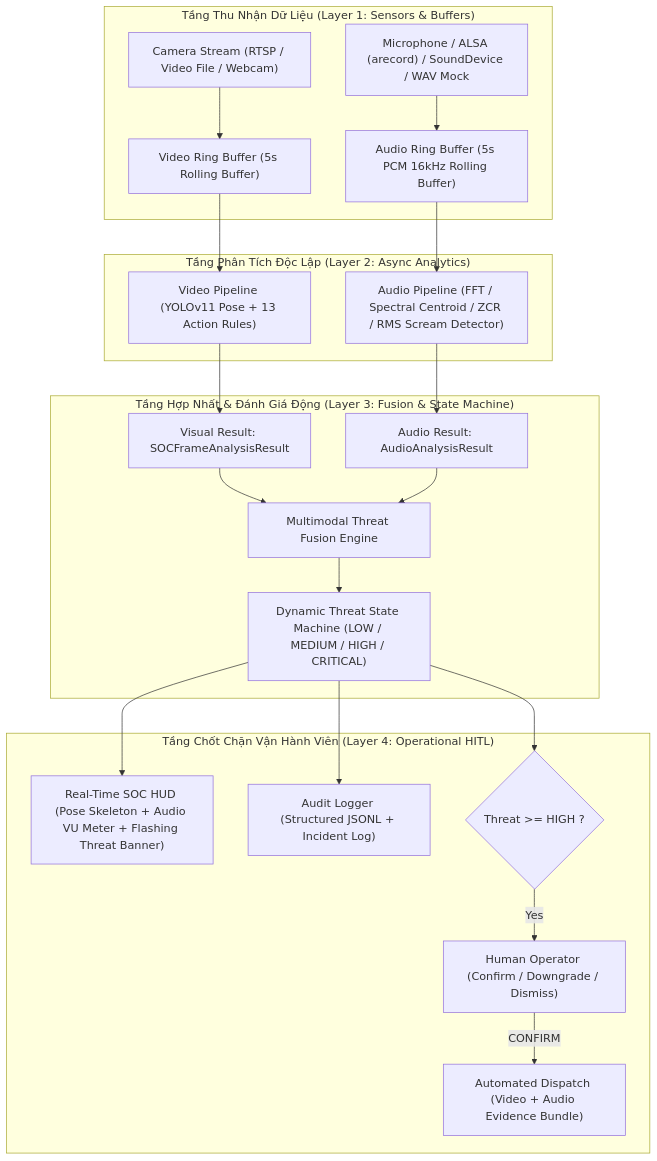
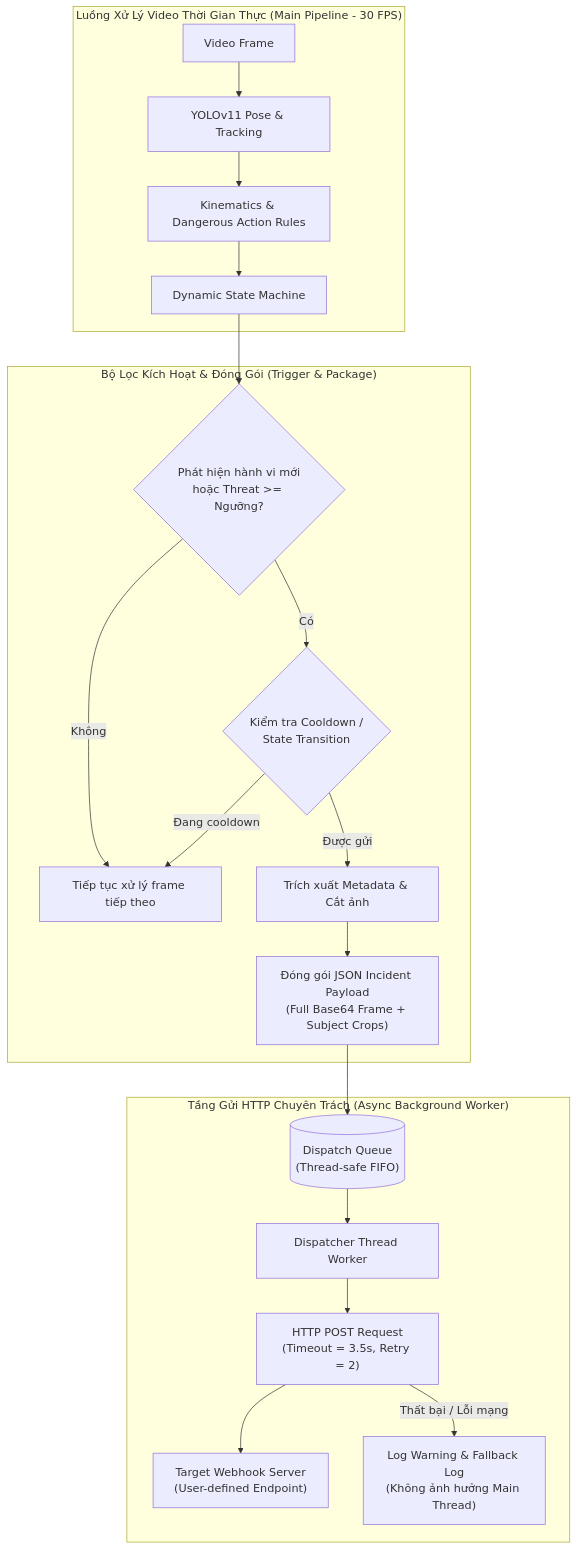
The first of 2 diagrams in AI/Human/docs/SPEC.md (luisnguyen3636/Promptacus---Hackathon-), drawn with Mermaid before and after one commit. The commit also changed other lines of this file and 1 other file, not shown here.

Commit message:
docs(spec): add specification and plan for webhook event dispatcher with full metadata

````diff
--- a/AI/Human/docs/SPEC.md
+++ b/AI/Human/docs/SPEC.md
@@ -42,47 +43,25 @@
 ```mermaid
 flowchart TD
-    subgraph SENSORS ["Tầng Thu Nhận Dữ Liệu (Layer 1: Sensors & Buffers)"]
-        CAM["Camera Stream (RTSP / Video File / Webcam)"]
-        MIC["Microphone / ALSA (arecord) / SoundDevice / WAV Mock"]
-        
-        V_BUF["Video Ring Buffer (5s Rolling Buffer)"]
-        A_BUF["Audio Ring Buffer (5s PCM 16kHz Rolling Buffer)"]
-        
-        CAM --> V_BUF
-        MIC --> A_BUF
+    subgraph INGESTION ["Luồng Xử Lý Video Thời Gian Thực (Main Pipeline - 30 FPS)"]
+        FRAME["Video Frame"] --> YOLO["YOLOv11 Pose & Tracking"]
+        YOLO --> RULES["Kinematics & Dangerous Action Rules"]
+        RULES --> STATE["Dynamic State Machine"]
     end
 
-    subgraph WORKERS ["Tầng Phân Tích Độc Lập (Layer 2: Async Analytics)"]
-        V_ANALYZE["Video Pipeline (YOLOv11 Pose + 13 Action Rules)"]
-        A_ANALYZE["Audio Pipeline (FFT / Spectral Centroid / ZCR / RMS Scream Detector)"]
-        
-        V_BUF --> V_ANALYZE
-        A_BUF --> A_ANALYZE
+    subgraph TRIGGER ["Bộ Lọc Kích Hoạt & Đóng Gói (Trigger & Package)"]
+        STATE --> CHECK{"Phát hiện hành vi mới<br/>hoặc Threat >= Ngưỡng?"}
+        CHECK -- Không --> CONTINUE["Tiếp tục xử lý frame tiếp theo"]
+        CHECK -- Có --> DEBOUNCE{"Kiểm tra Cooldown /<br/>State Transition"}
+        DEBOUNCE -- Đang cooldown --> CONTINUE
+        DEBOUNCE -- Được gửi --> EXTRACT["Trích xuất Metadata & Cắt ảnh"]
+        EXTRACT --> PACK["Đóng gói JSON Incident Payload<br/>(Full Base64 Frame + Subject Crops)"]
     end
 
-    subgraph FUSION ["Tầng Hợp Nhất & Đánh Giá Động (Layer 3: Fusion & State Machine)"]
-        V_RES["Visual Result: SOCFrameAnalysisResult"]
-        A_RES["Audio Result: AudioAnalysisResult"]
-        
-        FUSER["Multimodal Threat Fusion Engine"]
-        STATE_MACH["Dynamic Threat State Machine (LOW / MEDIUM / HIGH / CRITICAL)"]
-        
-        V_ANALYZE --> V_RES --> FUSER
-        A_ANALYZE --> A_RES --> FUSER
-        FUSER --> STATE_MACH
-    end
-
-    subgraph HITL ["Tầng Chốt Chặn Vận Hành Viên (Layer 4: Operational HITL)"]
-        HUD["Real-Time SOC HUD (Pose Skeleton + Audio VU Meter + Flashing Threat Banner)"]
-        AUDIT["Audit Logger (Structured JSONL + Incident Log)"]
-        OP_GATE{"Threat >= HIGH ?"}
-        OPERATOR["Human Operator (Confirm / Downgrade / Dismiss)"]
-        DISPATCH["Automated Dispatch (Video + Audio Evidence Bundle)"]
-
-        STATE_MACH --> HUD
-        STATE_MACH --> AUDIT
-        STATE_MACH --> OP_GATE
-        OP_GATE -- Yes --> OPERATOR
-        OPERATOR -- CONFIRM --> DISPATCH
+    subgraph DISPATCH_WORKER ["Tầng Gửi HTTP Chuyên Trách (Async Background Worker)"]
+        PACK --> QUEUE[("Dispatch Queue<br/>(Thread-safe FIFO)")]
+        QUEUE --> WORKER["Dispatcher Thread Worker"]
+        WORKER --> POST["HTTP POST Request<br/>(Timeout = 3.5s, Retry = 2)"]
+        POST --> REMOTE_SERVER["Target Webhook Server<br/>(User-defined Endpoint)"]
+        POST -- Thất bại / Lỗi mạng --> RETRY_BUFFER["Log Warning & Fallback Log<br/>(Không ảnh hưởng Main Thread)"]
     end
 ```
````
